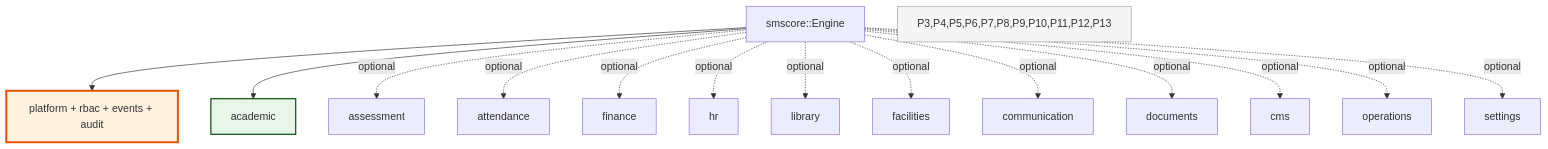
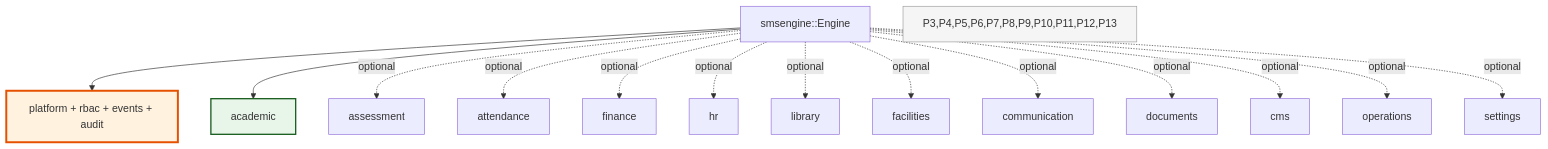
One commit to beznet22/educore changed the fifth of 5 diagrams in docs/diagrams/domain-map.md. Above: the diagram before and after it, drawn with Mermaid. The commit also changed 233 other files, not shown here.

Commit message:
feat: initialize project structure with core crates, multi-engine storage support, and comprehensive architectural documentation

````diff
--- a/docs/diagrams/domain-map.md
+++ b/docs/diagrams/domain-map.md
@@ -188,21 +188,21 @@
 ```mermaid
 graph TB
-    Engine["smscore::Engine"]
+    Engine["smsengine::Engine"]
     Engine --> P1[platform + rbac + events + audit]
     Engine --> P2[academic]
     Engine -.optional.-> P3[assessment]
     Engine -.optional.-> P4[attendance]
     Engine -.optional.-> P5[finance]
     Engine -.optional.-> P6[hr]
     Engine -.optional.-> P7[library]
     Engine -.optional.-> P8[facilities]
     Engine -.optional.-> P9[communication]
     Engine -.optional.-> P10[documents]
     Engine -.optional.-> P11[cms]
     Engine -.optional.-> P12[operations]
     Engine -.optional.-> P13[settings]
 
     style P1 fill:#fff3e0,stroke:#e65100,stroke-width:3px
     style P2 fill:#e8f5e9,stroke:#1b5e20,stroke-width:2px
     style P3,P4,P5,P6,P7,P8,P9,P10,P11,P12,P13 fill:#f5f5f5,stroke:#9e9e9e
 ```
````
